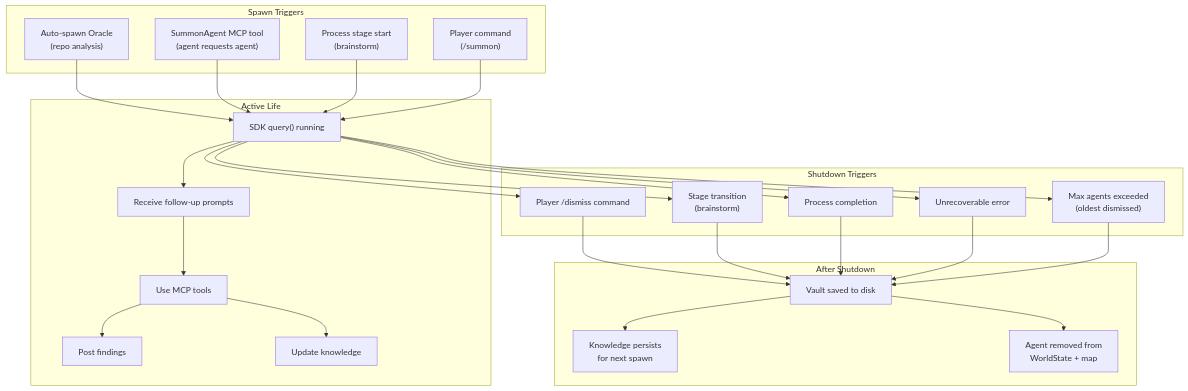
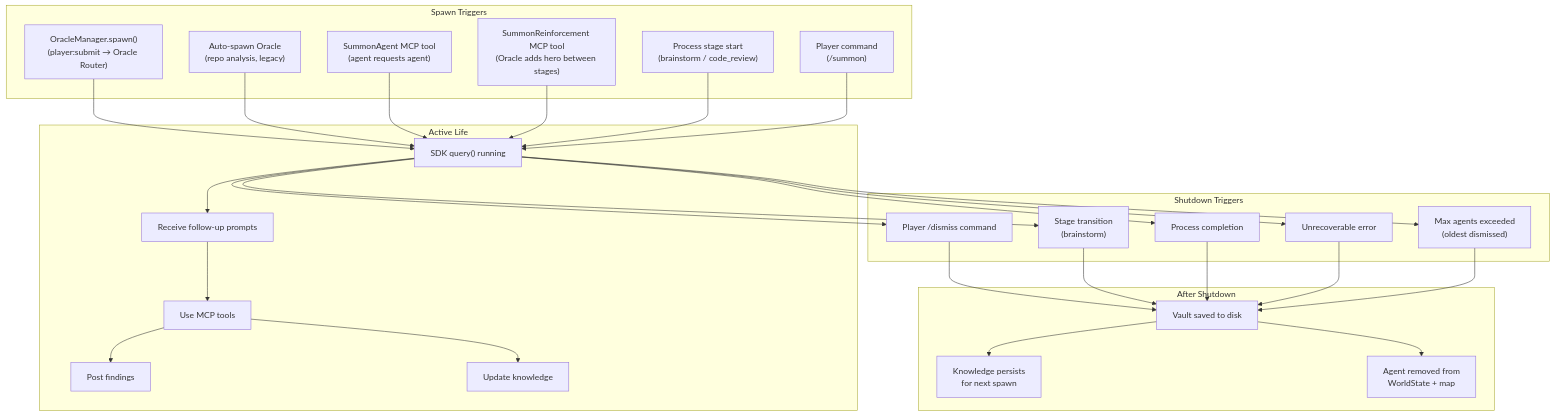
The tenth of 10 diagrams in docs/diagrams/agent-lifecycle.md (Human-Agency-Hackathon/AI-Interfaces-Feb-2026), drawn with Mermaid before and after one commit. The commit also changed other lines of this file and 2 other files, not shown here.

First line of the commit message:
docs: update diagrams and architecture for Oracle router

````diff
--- a/docs/diagrams/agent-lifecycle.md
+++ b/docs/diagrams/agent-lifecycle.md
@@ -269,52 +325,56 @@
 ```mermaid
 graph TD
     subgraph Spawn ["Spawn Triggers"]
-        S1["Auto-spawn Oracle<br/>(repo analysis)"]
+        S1["Auto-spawn Oracle<br/>(repo analysis, legacy)"]
+        S0["OracleManager.spawn()<br/>(player:submit → Oracle Router)"]
         S2["SummonAgent MCP tool<br/>(agent requests agent)"]
-        S3["Process stage start<br/>(brainstorm)"]
+        S2b["SummonReinforcement MCP tool<br/>(Oracle adds hero between stages)"]
+        S3["Process stage start<br/>(brainstorm / code_review)"]
         S4["Player command<br/>(/summon)"]
     end
 
     subgraph Life ["Active Life"]
         L1["SDK query() running"]
         L2["Receive follow-up prompts"]
         L3["Use MCP tools"]
         L4["Post findings"]
         L5["Update knowledge"]
     end
 
     subgraph Death ["Shutdown Triggers"]
         D1["Player /dismiss command"]
         D2["Stage transition<br/>(brainstorm)"]
         D3["Process completion"]
         D4["Unrecoverable error"]
         D5["Max agents exceeded<br/>(oldest dismissed)"]
     end
 
     subgraph Afterlife ["After Shutdown"]
         A1["Vault saved to disk"]
         A2["Knowledge persists<br/>for next spawn"]
         A3["Agent removed from<br/>WorldState + map"]
     end
 
+    S0 --> L1
     S1 --> L1
     S2 --> L1
+    S2b --> L1
     S3 --> L1
     S4 --> L1
     L1 --> L2
     L2 --> L3
     L3 --> L4
     L3 --> L5
     L1 --> D1
     L1 --> D2
     L1 --> D3
     L1 --> D4
     L1 --> D5
     D1 --> A1
     D2 --> A1
     D3 --> A1
     D4 --> A1
     D5 --> A1
     A1 --> A2
     A1 --> A3
 ```
````
